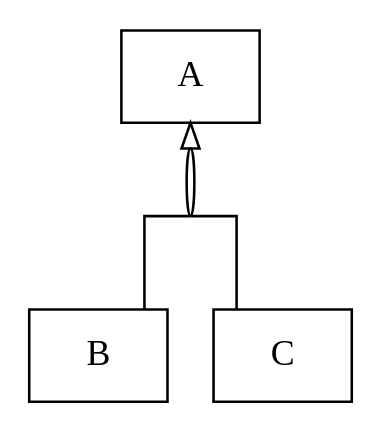
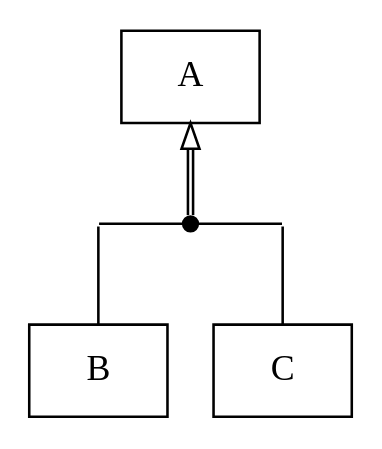
Before and after one commit to alek3y/cs: diagram 13 of 17 in src/ct0006-1/README.md, drawn with Graphviz. The commit also changed other lines of this file, not shown here.

````diff
--- a/src/ct0006-1/README.md
+++ b/src/ct0006-1/README.md
@@ -222,17 +222,25 @@
 	```dot process
 	digraph {
 		rankdir=BT
-		splines=ortho
 		node [shape=record]
 		edge [dir=none]
 
-		0 [shape=point width=0]
-		0 -> A [dir=forward arrowhead=onormal color="black:invis:black"]
+		{
+			rank=same
+			0, 1, 2 [shape=point width=0]
+			1 [width=0.08]
+			0 -> 1 -> 2
+		}
+
+		1 -> A [dir=forward arrowhead=onormal color="black:black"]
 
 		{
 			rank=same
 			B
 			C
-		} -> 0
+		}
+
+		B -> 0 [weight=100]
+		C -> 2 [weight=100]
 	}
 	```
````
